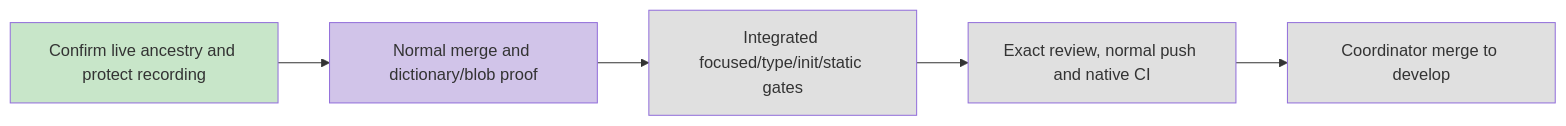
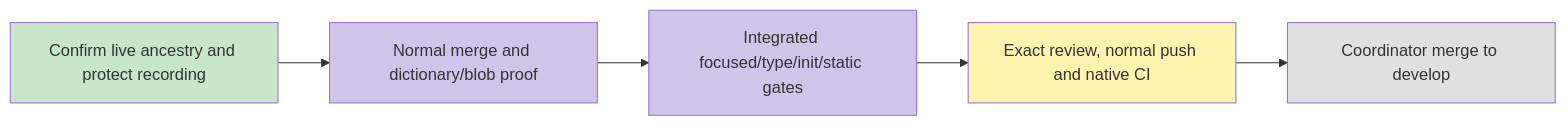
Before and after one commit to boardx/workspacex: the diagram in docs/design/i18n-research-entry/stack-integration.md, drawn with Mermaid. The commit also changed other lines of this file and 27 other files, not shown here.

Commit message:
docs: retain integrated research interview validation and review evidence

````diff
--- a/docs/design/i18n-research-entry/stack-integration.md
+++ b/docs/design/i18n-research-entry/stack-integration.md
@@ -5,7 +5,8 @@
 ```mermaid
 flowchart LR
- A["Confirm live ancestry and protect recording"]:::done --> B["Normal merge and dictionary/blob proof"]:::tested --> C["Integrated focused/type/init/static gates"]:::pending --> D["Exact review, normal push and native CI"]:::pending --> E["Coordinator merge to develop"]:::pending
+ A["Confirm live ancestry and protect recording"]:::done --> B["Normal merge and dictionary/blob proof"]:::tested --> C["Integrated focused/type/init/static gates"]:::tested --> D["Exact review, normal push and native CI"]:::active --> E["Coordinator merge to develop"]:::pending
  classDef done fill:#c8e6c9
  classDef tested fill:#d1c4e9
+ classDef active fill:#fff3b0
  classDef pending fill:#e0e0e0
 ```
````
